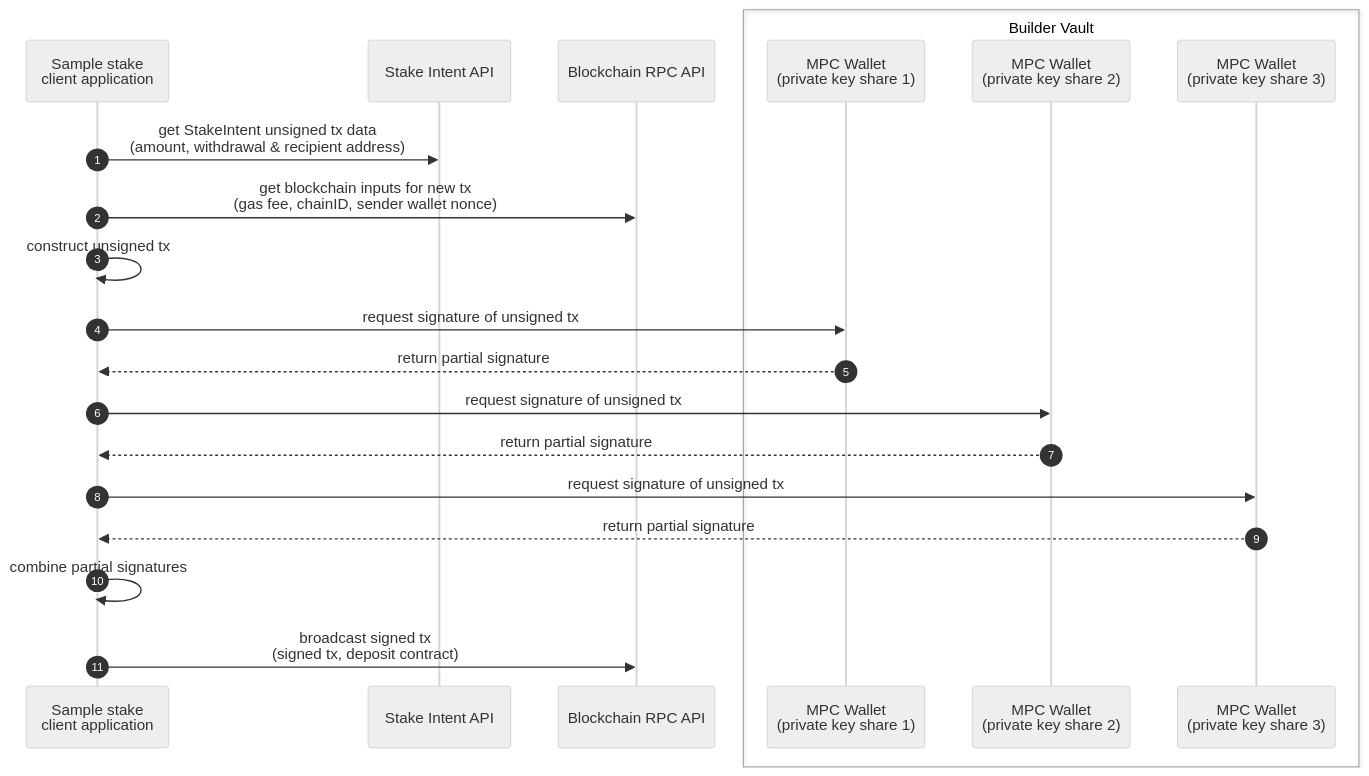
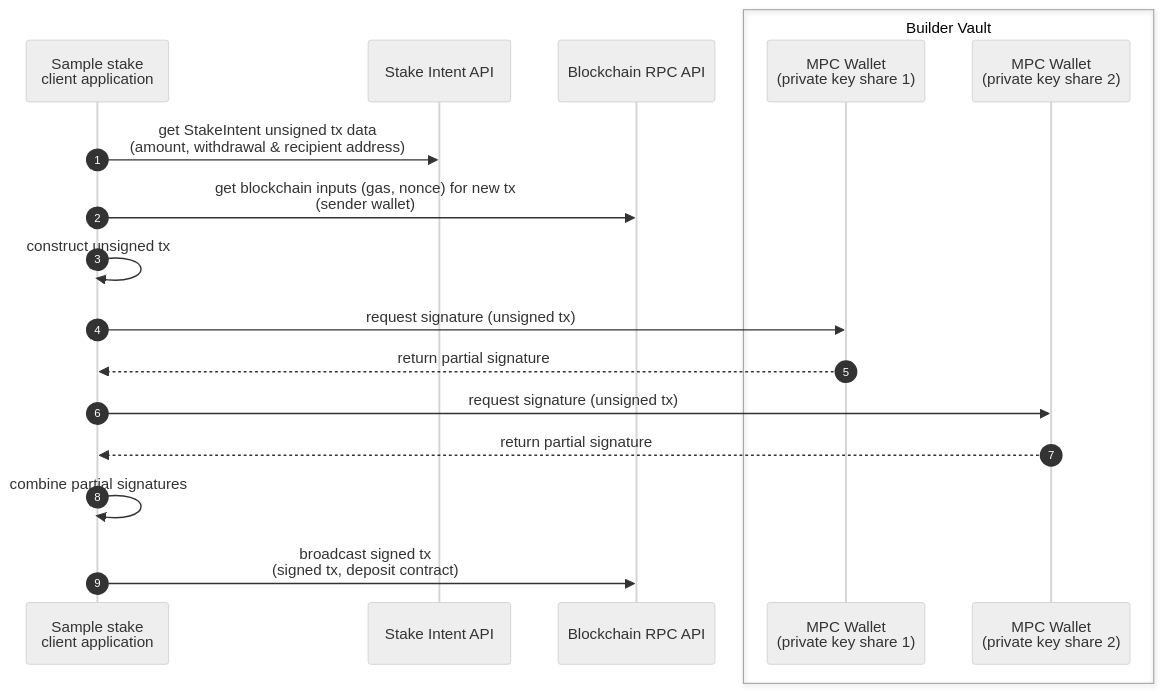
One commit to Blockdaemon/demo-stakingAPI changed the diagram in README.md. Above: the diagram before and after it, drawn with Mermaid (neutral theme). The commit also changed 1 other file, not shown here.

````diff
--- a/README.md
+++ b/README.md
@@ -5,24 +5,21 @@
 ```mermaid
 sequenceDiagram
     autonumber
     participant StakeClient as Sample stake<br> client application
     participant StakeAPI as Stake Intent API
     participant Blockchain as Blockchain RPC API
     box Builder Vault
       participant TSM1 as MPC Wallet <br>(private key share 1)
       participant TSM2 as MPC Wallet <br>(private key share 2)
-      participant TSM3 as MPC Wallet <br>(private key share 3)
     end
 
     StakeClient ->> StakeAPI: get StakeIntent unsigned tx data <br>(amount, withdrawal & recipient address)
-    StakeClient ->> Blockchain: get blockchain inputs for new tx<br>(gas fee, chainID, sender wallet nonce)
+    StakeClient ->> Blockchain: get blockchain inputs (gas, nonce) for new tx<br>(sender wallet)
     StakeClient ->> StakeClient: construct unsigned tx
-    StakeClient ->> TSM1: request signature of unsigned tx
+    StakeClient ->> TSM1: request signature (unsigned tx)
     TSM1 -->> StakeClient: return partial signature
-    StakeClient ->> TSM2: request signature of unsigned tx
+    StakeClient ->> TSM2: request signature (unsigned tx)
     TSM2 -->> StakeClient: return partial signature
-    StakeClient ->> TSM3: request signature of unsigned tx
-    TSM3 -->> StakeClient: return partial signature
     StakeClient ->> StakeClient: combine partial signatures
     StakeClient ->> Blockchain: broadcast signed tx<br>(signed tx, deposit contract)
 ```
````
